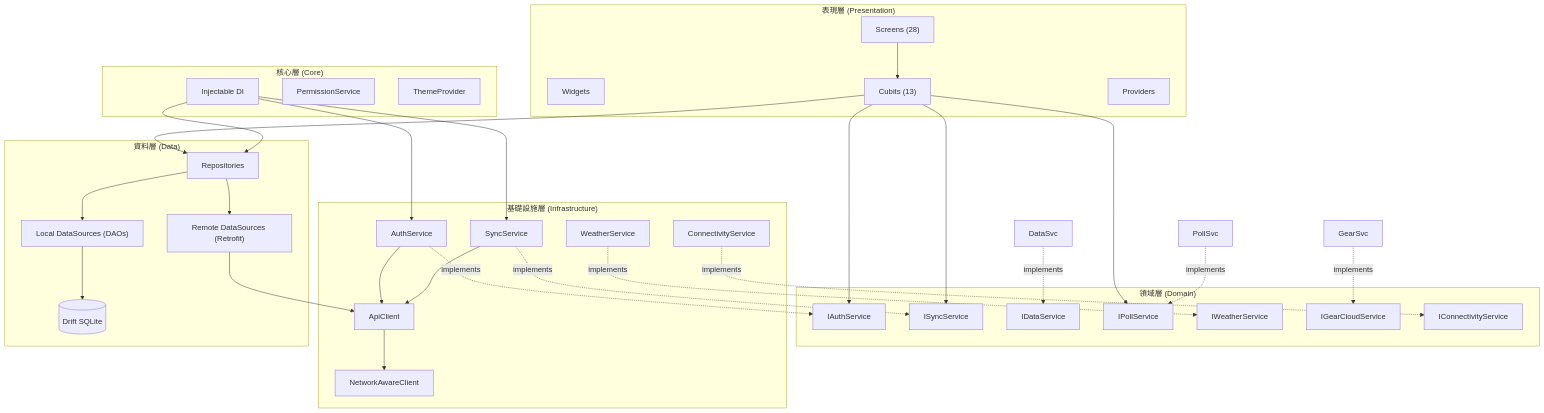
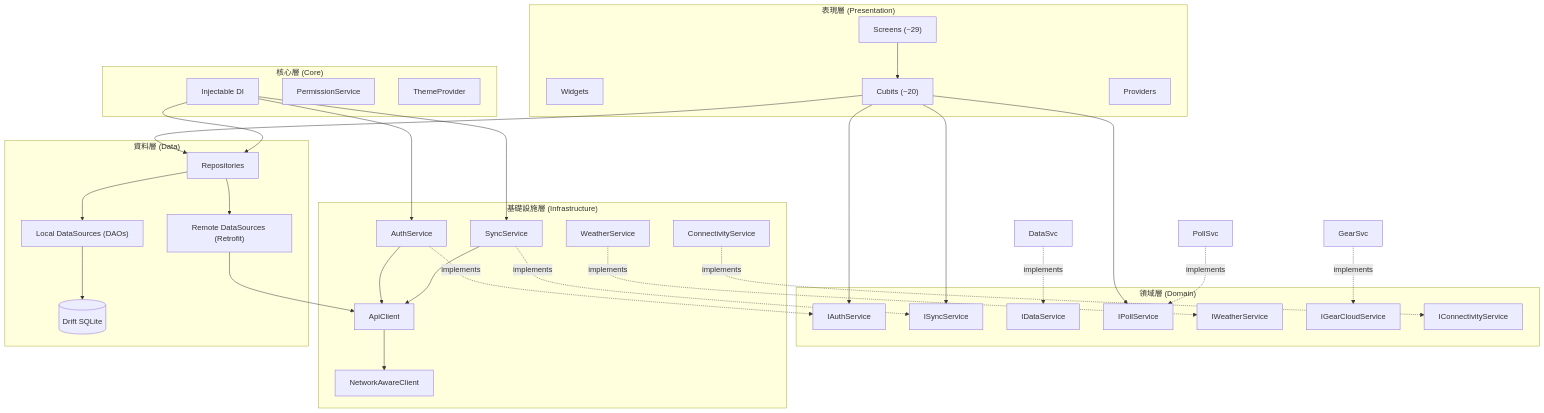
Before and after one commit to dectecx/SummitMate: the first of 3 diagrams in docs/architecture/MODULE_DIAGRAM.md, drawn with Mermaid. The commit also changed other lines of this file and 8 other files, not shown here.

First line of the commit message:
docs: update architecture and API documentation

````diff
--- a/docs/architecture/MODULE_DIAGRAM.md
+++ b/docs/architecture/MODULE_DIAGRAM.md
@@ -5,69 +5,69 @@
 ```mermaid
 graph TB
     subgraph Presentation["表現層 (Presentation)"]
-        Screens["Screens (28)"]
+        Screens["Screens (~29)"]
         Widgets["Widgets"]
-        Cubits["Cubits (13)"]
+        Cubits["Cubits (~20)"]
         Providers["Providers"]
     end
 
     subgraph Domain["領域層 (Domain)"]
         IAuth["IAuthService"]
         ISync["ISyncService"]
         IData["IDataService"]
         IPoll["IPollService"]
         IWeather["IWeatherService"]
         IGear["IGearCloudService"]
         IConn["IConnectivityService"]
     end
 
     subgraph Infrastructure["基礎設施層 (Infrastructure)"]
         AuthSvc["AuthService"]
         SyncSvc["SyncService"]
         WeatherSvc["WeatherService"]
         ConnSvc["ConnectivityService"]
 
         ApiClient["ApiClient"]
         NetClient["NetworkAwareClient"]
     end
 
     subgraph Data["資料層 (Data)"]
         Repos["Repositories"]
         LocalDS["Local DataSources (DAOs)"]
         RemoteDS["Remote DataSources (Retrofit)"]
         Drift[(Drift SQLite)]
     end
 
     subgraph Core["核心層 (Core)"]
         DI["Injectable DI"]
         PermSvc["PermissionService"]
         Theme["ThemeProvider"]
     end
 
     %% Presentation -> Domain
     Screens --> Cubits
     Cubits --> IAuth & ISync & IPoll
     Cubits --> Repos
 
     %% Infrastructure implements Domain
     AuthSvc -.->|implements| IAuth
     SyncSvc -.->|implements| ISync
     DataSvc -.->|implements| IData
     PollSvc -.->|implements| IPoll
     WeatherSvc -.->|implements| IWeather
     GearSvc -.->|implements| IGear
     ConnSvc -.->|implements| IConn
 
     %% Infrastructure -> Clients
     AuthSvc --> ApiClient
     SyncSvc --> ApiClient
     ApiClient --> NetClient
 
     %% Data flow
     Repos --> LocalDS & RemoteDS
     LocalDS --> Drift
     RemoteDS --> ApiClient
 
     %% Core provides
     DI --> AuthSvc & SyncSvc & Repos
 ```
````
